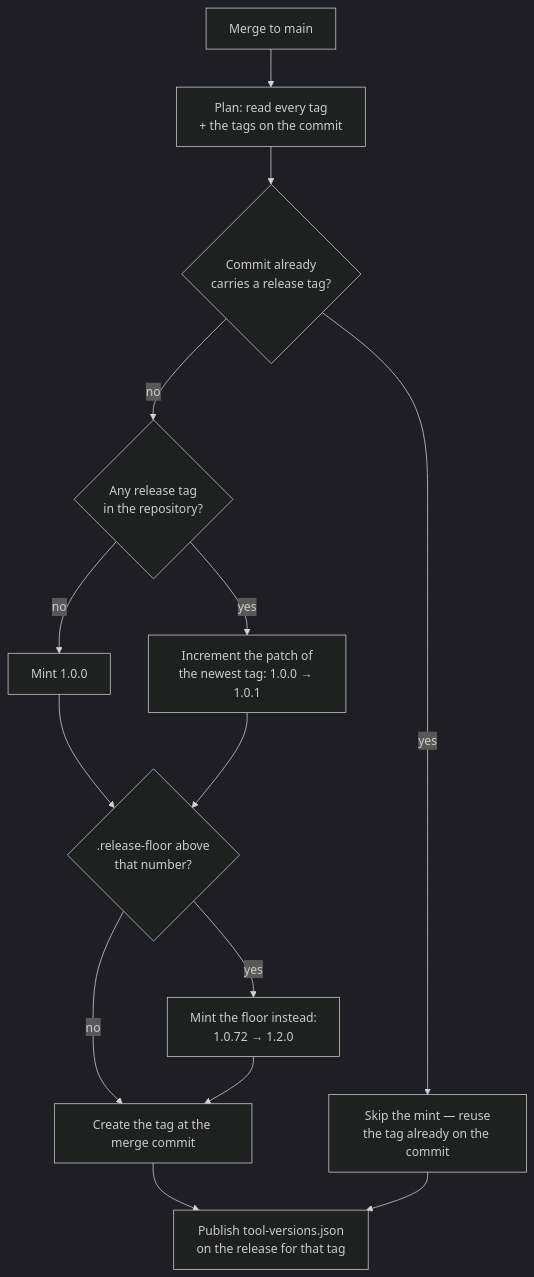
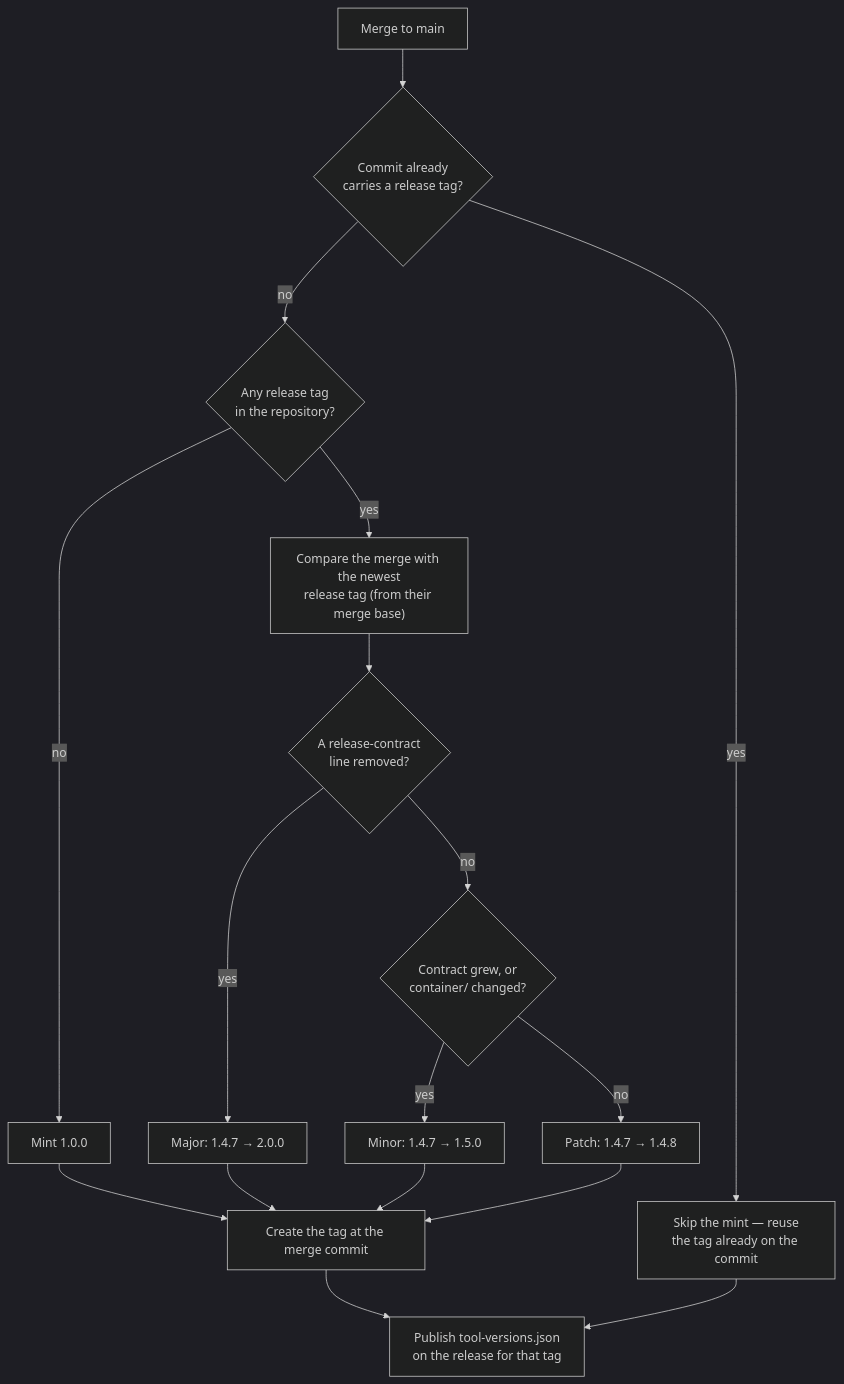
One commit to stSoftwareAU/VibeCoder changed the first of 4 diagrams in docs/RELEASE-TAGGING.md. Above: the diagram before and after it, drawn with Mermaid (dark theme). The commit also changed other lines of this file and 15 other files, not shown here.

````diff
--- a/docs/RELEASE-TAGGING.md
+++ b/docs/RELEASE-TAGGING.md
@@ -31,16 +34,19 @@
 ```mermaid
 flowchart TD
-    M["Merge to main"] --> P["Plan: read every tag<br/>+ the tags on the commit"]
-    P --> A{"Commit already<br/>carries a release tag?"}
+    M["Merge to main"] --> A{"Commit already<br/>carries a release tag?"}
     A -- yes --> S["Skip the mint — reuse<br/>the tag already on the commit"]
     A -- no --> N{"Any release tag<br/>in the repository?"}
     N -- no --> F["Mint 1.0.0"]
-    N -- yes --> I["Increment the patch of<br/>the newest tag: 1.0.0 → 1.0.1"]
-    F --> B{".release-floor above<br/>that number?"}
-    I --> B
-    B -- no --> T["Create the tag at the merge commit"]
-    B -- yes --> R["Mint the floor instead:<br/>1.0.72 → 1.2.0"]
-    R --> T
+    N -- yes --> C["Compare the merge with the newest<br/>release tag (from their merge base)"]
+    C --> R{"A release-contract<br/>line removed?"}
+    R -- yes --> MJ["Major: 1.4.7 → 2.0.0"]
+    R -- no --> G{"Contract grew, or<br/>container/ changed?"}
+    G -- yes --> MN["Minor: 1.4.7 → 1.5.0"]
+    G -- no --> P["Patch: 1.4.7 → 1.4.8"]
+    F --> T["Create the tag at the merge commit"]
+    MJ --> T
+    MN --> T
+    P --> T
     T --> V["Publish tool-versions.json<br/>on the release for that tag"]
     S --> V
 ```
````
